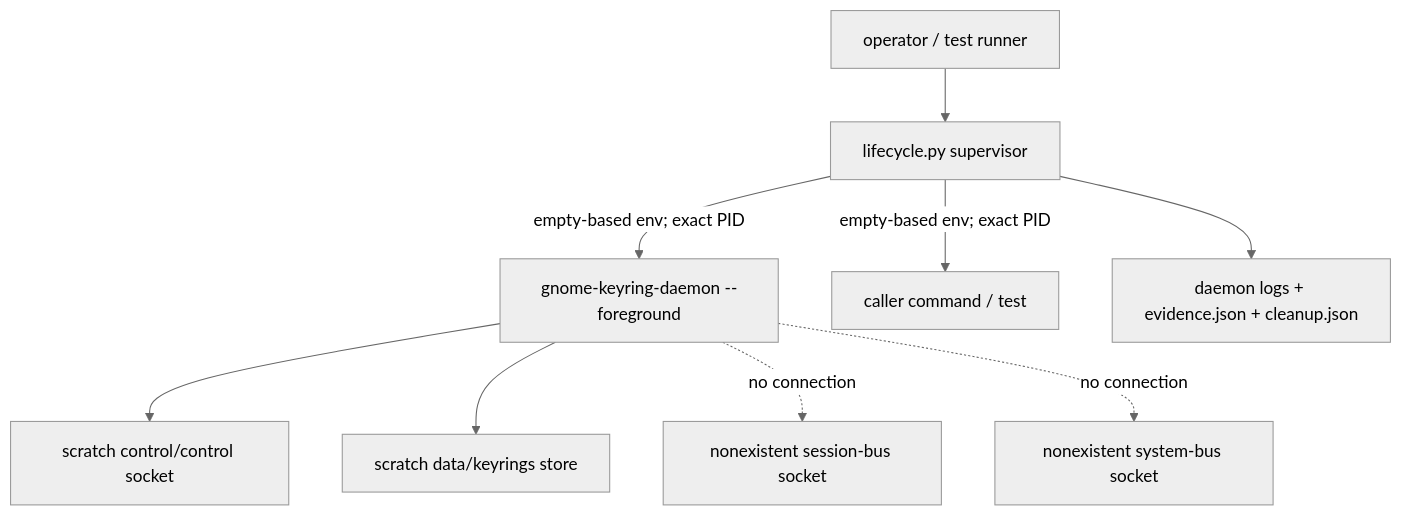
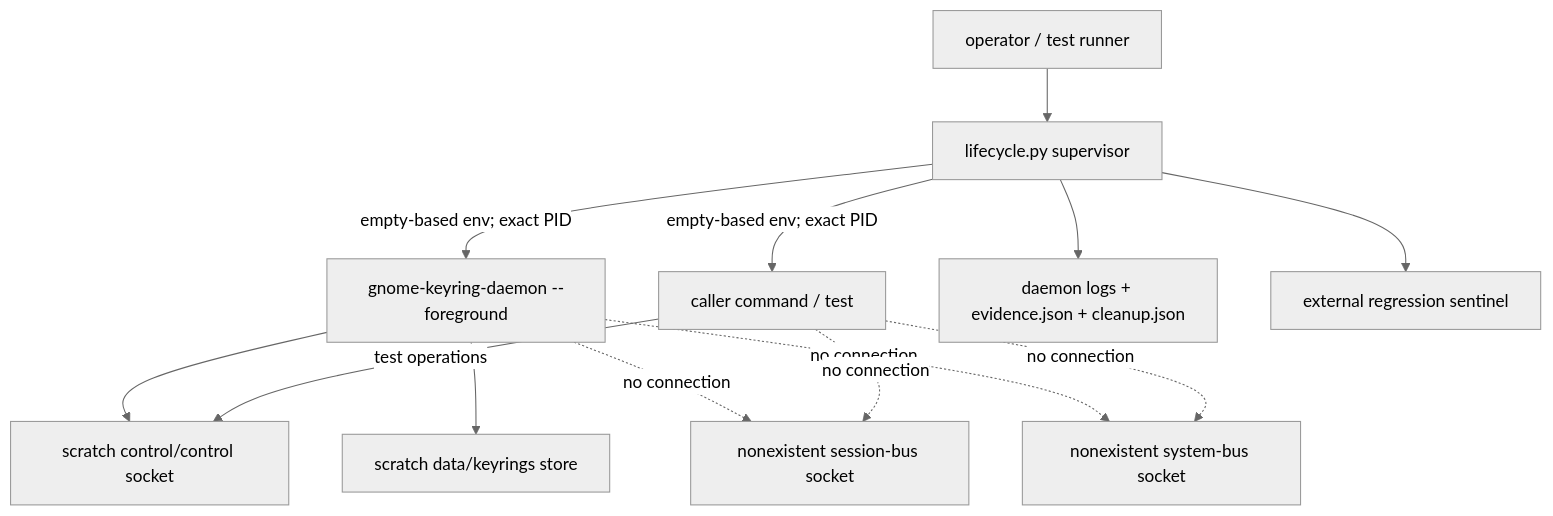
Before and after one commit to rektide/gmellon: the first of 3 diagrams in doc/harness/README.md, drawn with Mermaid (neutral theme). The commit also changed other lines of this file, not shown here.

Commit message:
Complete harness architectural guide

````diff
--- a/doc/harness/README.md
+++ b/doc/harness/README.md
@@ -84,11 +118,15 @@
 ```mermaid
 flowchart TD
     operator["operator / test runner"] --> supervisor["lifecycle.py supervisor"]
     supervisor -->|"empty-based env; exact PID"| daemon["gnome-keyring-daemon --foreground"]
     supervisor -->|"empty-based env; exact PID"| command["caller command / test"]
     daemon --> socket["scratch control/control socket"]
+    command -->|"test operations"| socket
     daemon --> store["scratch data/keyrings store"]
     supervisor --> logs["daemon logs + evidence.json + cleanup.json"]
+    supervisor --> sentinel["external regression sentinel"]
     daemon -. "no connection" .-> deadSession["nonexistent session-bus socket"]
     daemon -. "no connection" .-> deadSystem["nonexistent system-bus socket"]
+    command -. "no connection" .-> deadSession
+    command -. "no connection" .-> deadSystem
 ```
````
